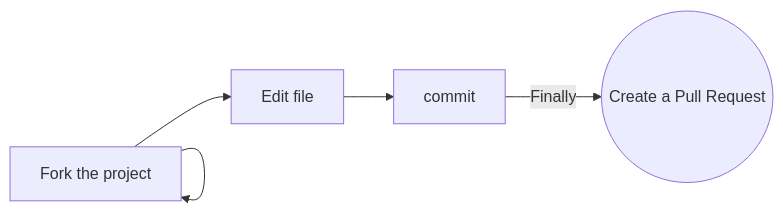
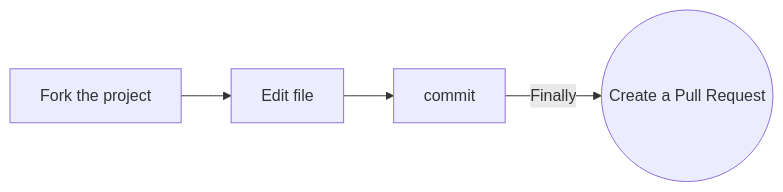
Before and after one commit to ArmanKumar21/python-cpp-html-programs-projects: the diagram in README.md, drawn with Mermaid.

````diff
--- a/README.md
+++ b/README.md
@@ -25,7 +25,7 @@
 ```mermaid
 flowchart LR
-    Fork[Fork the project]-->
-    Fork-->Edit[Edit file]
+    Fork[Fork the project]
+    -->Edit[Edit file]
     -->commit -->|Finally|creatpr((Create a Pull Request))
     
  ```
````
